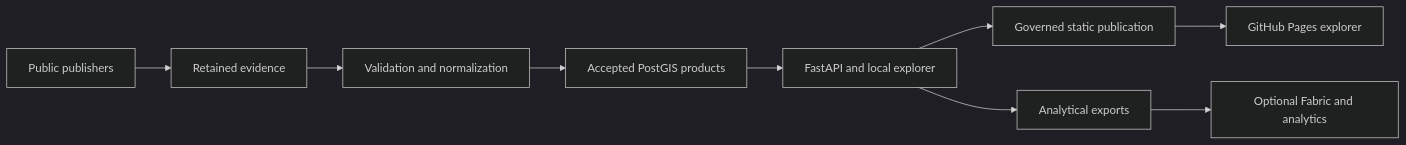
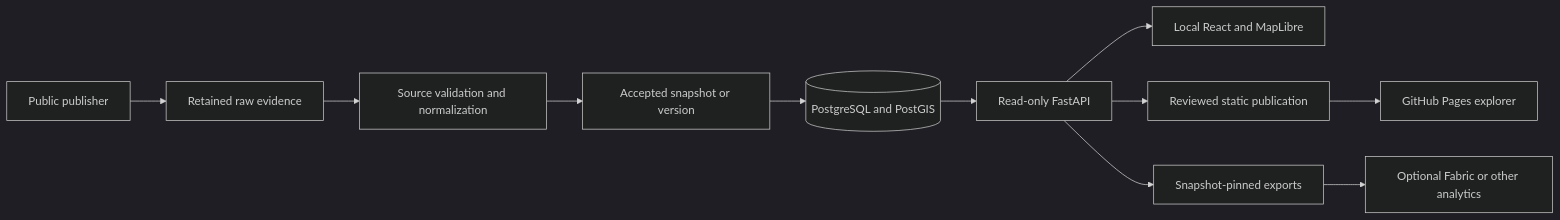
The diagram in README.md (Bfawaz2001/WaterGeo-UK), drawn with Mermaid (dark theme) before and after one commit. The commit also changed other lines of this file and 21 other files, not shown here.

````diff
--- a/README.md
+++ b/README.md
@@ -56,11 +74,13 @@
 ```mermaid
 flowchart LR
-  P[Public publishers] --> E[Retained evidence]
-  E --> V[Validation and normalization]
-  V --> D[Accepted PostGIS products]
-  D --> A[FastAPI and local explorer]
-  A --> S[Governed static publication]
-  S --> G[GitHub Pages explorer]
-  A --> X[Analytical exports]
-  X --> F[Optional Fabric and analytics]
+  P[Public publisher] --> E[Retained raw evidence]
+  E --> V[Source validation and normalization]
+  V --> S[Accepted snapshot or version]
+  S --> D[(PostgreSQL and PostGIS)]
+  D --> A[Read-only FastAPI]
+  A --> R[Local React and MapLibre]
+  A --> B[Reviewed static publication]
+  B --> G[GitHub Pages explorer]
+  A --> X[Snapshot-pinned exports]
+  X --> F[Optional Fabric or other analytics]
 ```
````
